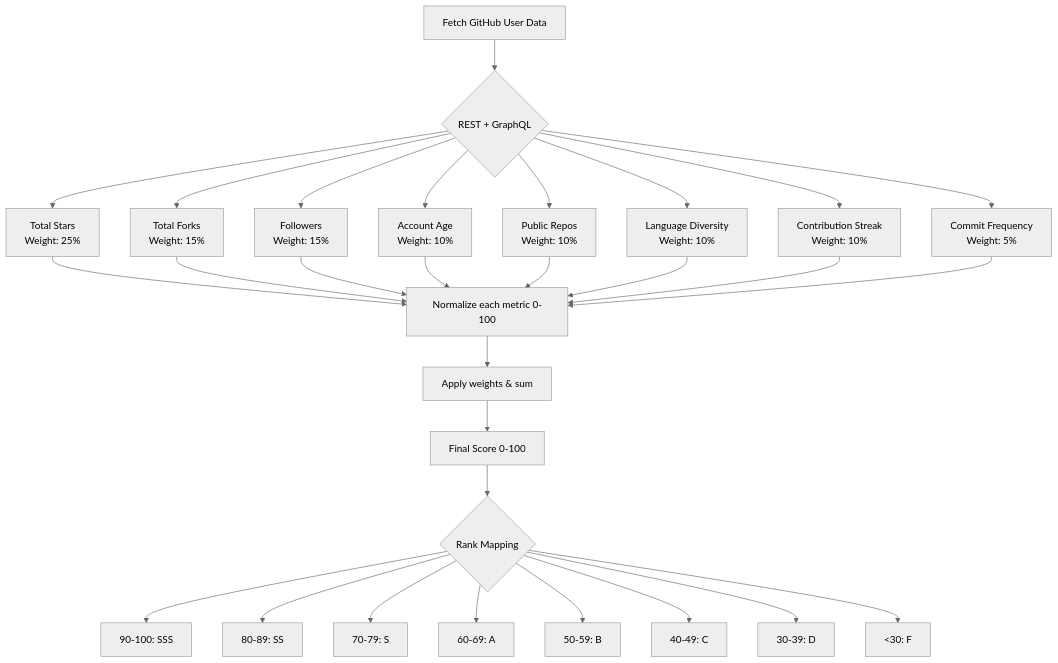
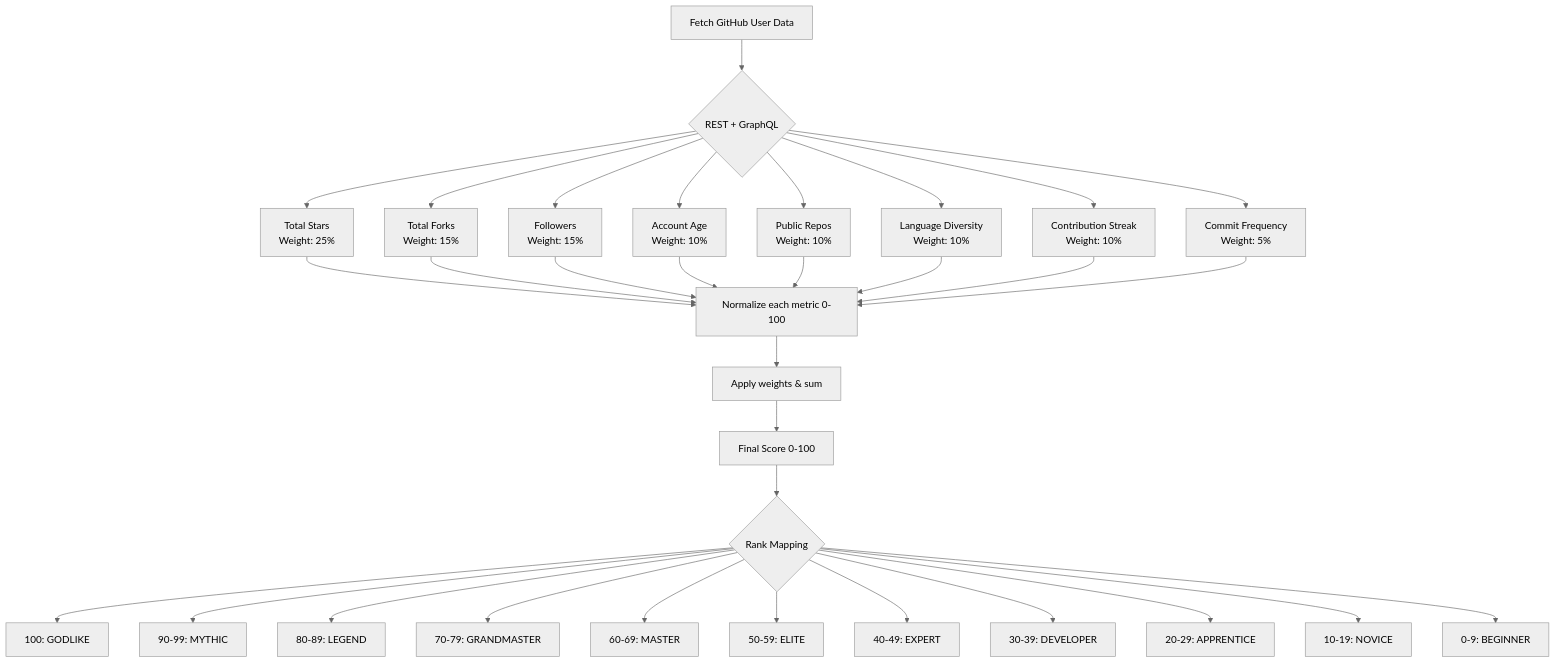
The first of 2 diagrams in README.md (Shineii86/GitHubAPI), drawn with Mermaid (neutral theme) before and after one commit. The commit also changed other lines of this file, not shown here.

````diff
--- a/README.md
+++ b/README.md
@@ -91,25 +92,28 @@
 ```mermaid
 flowchart TD
     A[Fetch GitHub User Data] --> B{REST + GraphQL}
     B --> C[Total Stars<br/>Weight: 25%]
     B --> D[Total Forks<br/>Weight: 15%]
     B --> E[Followers<br/>Weight: 15%]
     B --> F[Account Age<br/>Weight: 10%]
     B --> G[Public Repos<br/>Weight: 10%]
     B --> H[Language Diversity<br/>Weight: 10%]
     B --> I[Contribution Streak<br/>Weight: 10%]
     B --> J[Commit Frequency<br/>Weight: 5%]
     
     C & D & E & F & G & H & I & J --> K[Normalize each metric 0-100]
     K --> L[Apply weights & sum]
     L --> M[Final Score 0-100]
     M --> N{Rank Mapping}
-    N --> O[90-100: SSS]
-    N --> P[80-89: SS]
-    N --> Q[70-79: S]
-    N --> R[60-69: A]
-    N --> S[50-59: B]
-    N --> T[40-49: C]
-    N --> U[30-39: D]
-    N --> V[<30: F]
+    N --> O[100: GODLIKE]
+    N --> P[90-99: MYTHIC]
+    N --> Q[80-89: LEGEND]
+    N --> R[70-79: GRANDMASTER]
+    N --> S[60-69: MASTER]
+    N --> T[50-59: ELITE]
+    N --> U[40-49: EXPERT]
+    N --> V[30-39: DEVELOPER]
+    N --> W[20-29: APPRENTICE]
+    N --> X[10-19: NOVICE]
+    N --> Y[0-9: BEGINNER]
 ```
````
